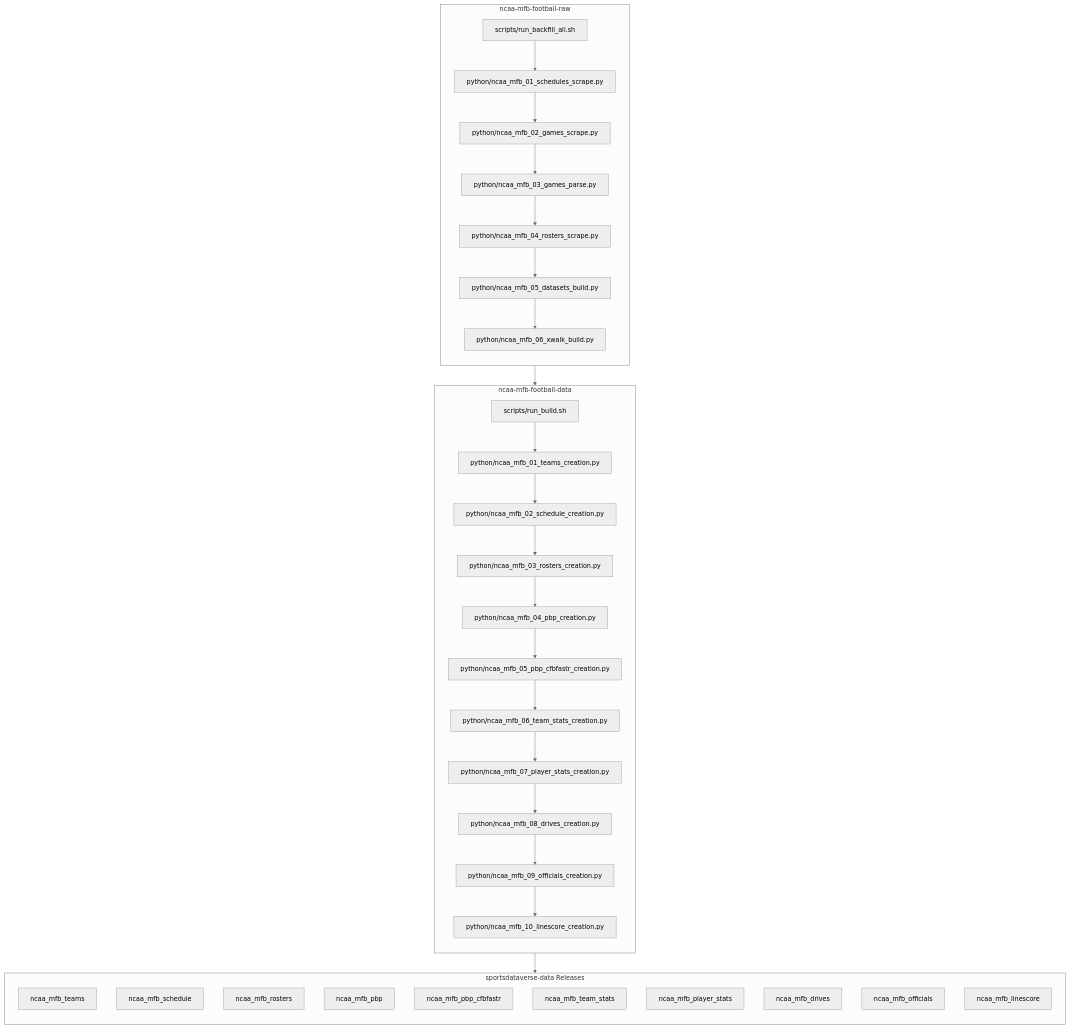
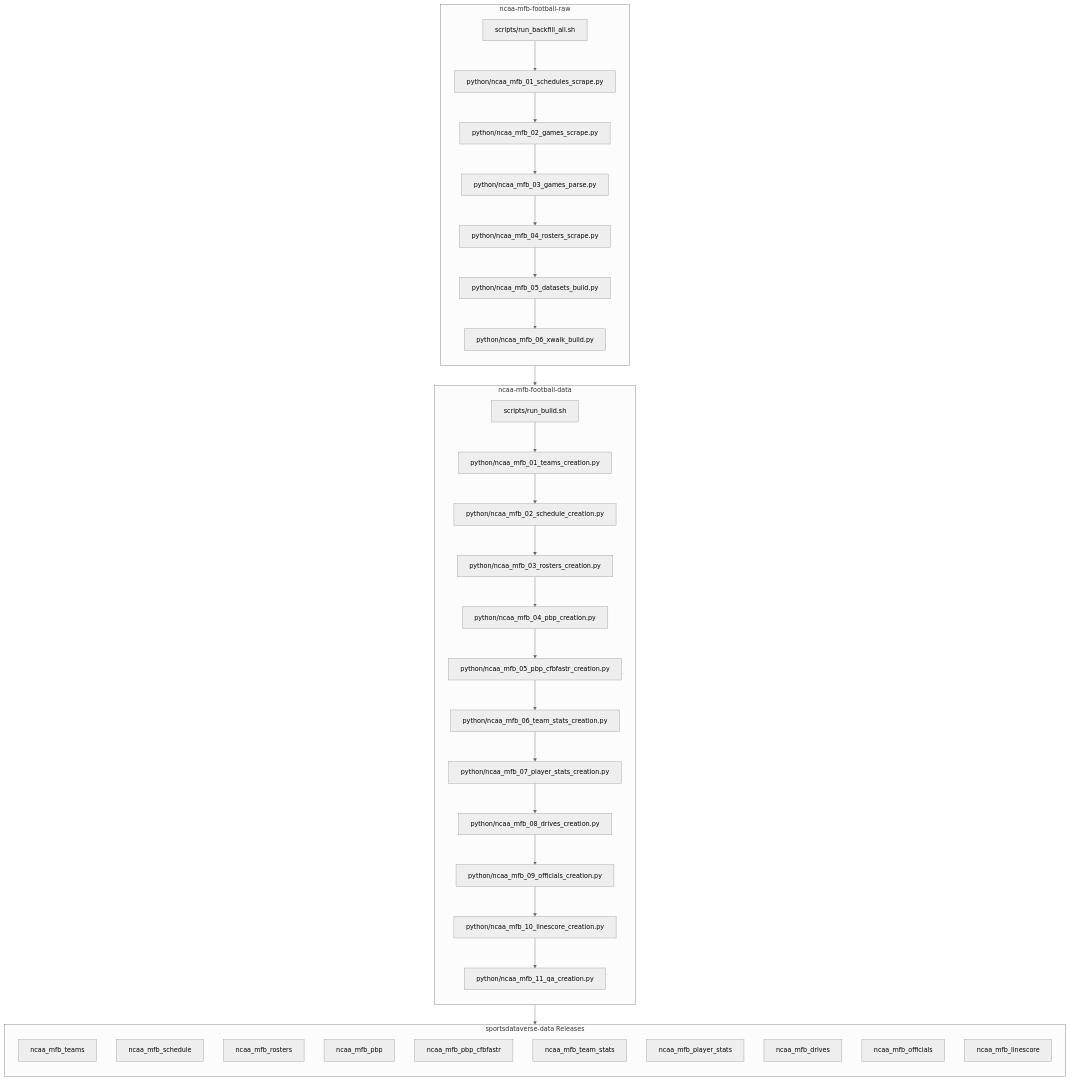
Before and after one commit to sportsdataverse/ncaa-mfb-football-data: the second of 2 diagrams in README.md, drawn with Mermaid (neutral theme). The commit also changed other lines of this file and 10 other files, not shown here.

First line of the commit message:
feat(qa): per-game validation QA stage — ncaa_mfb_qa asset, report-only (V2) (#5)

````diff
--- a/README.md
+++ b/README.md
@@ -38,43 +38,44 @@
 ```mermaid
 flowchart TB;
     subgraph A[ncaa-mfb-football-raw];
         direction TB;
         A0[scripts/run_backfill_all.sh]-->A1[python/ncaa_mfb_01_schedules_scrape.py];
         A1[python/ncaa_mfb_01_schedules_scrape.py]-->A2[python/ncaa_mfb_02_games_scrape.py];
         A2[python/ncaa_mfb_02_games_scrape.py]-->A3[python/ncaa_mfb_03_games_parse.py];
         A3[python/ncaa_mfb_03_games_parse.py]-->A4[python/ncaa_mfb_04_rosters_scrape.py];
         A4[python/ncaa_mfb_04_rosters_scrape.py]-->A5[python/ncaa_mfb_05_datasets_build.py];
         A5[python/ncaa_mfb_05_datasets_build.py]-->A6[python/ncaa_mfb_06_xwalk_build.py];
     end;
 
     subgraph B[ncaa-mfb-football-data];
         direction TB;
         B0[scripts/run_build.sh]-->B1[python/ncaa_mfb_01_teams_creation.py];
         B1[python/ncaa_mfb_01_teams_creation.py]-->B2[python/ncaa_mfb_02_schedule_creation.py];
         B2[python/ncaa_mfb_02_schedule_creation.py]-->B3[python/ncaa_mfb_03_rosters_creation.py];
         B3[python/ncaa_mfb_03_rosters_creation.py]-->B4[python/ncaa_mfb_04_pbp_creation.py];
         B4[python/ncaa_mfb_04_pbp_creation.py]-->B5[python/ncaa_mfb_05_pbp_cfbfastr_creation.py];
         B5[python/ncaa_mfb_05_pbp_cfbfastr_creation.py]-->B6[python/ncaa_mfb_06_team_stats_creation.py];
         B6[python/ncaa_mfb_06_team_stats_creation.py]-->B7[python/ncaa_mfb_07_player_stats_creation.py];
         B7[python/ncaa_mfb_07_player_stats_creation.py]-->B8[python/ncaa_mfb_08_drives_creation.py];
         B8[python/ncaa_mfb_08_drives_creation.py]-->B9[python/ncaa_mfb_09_officials_creation.py];
         B9[python/ncaa_mfb_09_officials_creation.py]-->B10[python/ncaa_mfb_10_linescore_creation.py];
+        B10[python/ncaa_mfb_10_linescore_creation.py]-->B11[python/ncaa_mfb_11_qa_creation.py];
     end;
 
     subgraph C[sportsdataverse-data Releases];
         direction TB;
         C1[ncaa_mfb_teams];
         C2[ncaa_mfb_schedule];
         C3[ncaa_mfb_rosters];
         C4[ncaa_mfb_pbp];
         C5[ncaa_mfb_pbp_cfbfastr];
         C6[ncaa_mfb_team_stats];
         C7[ncaa_mfb_player_stats];
         C8[ncaa_mfb_drives];
         C9[ncaa_mfb_officials];
         C10[ncaa_mfb_linescore];
     end;
 
     A-->B;
     B-->C;
 ```
````
